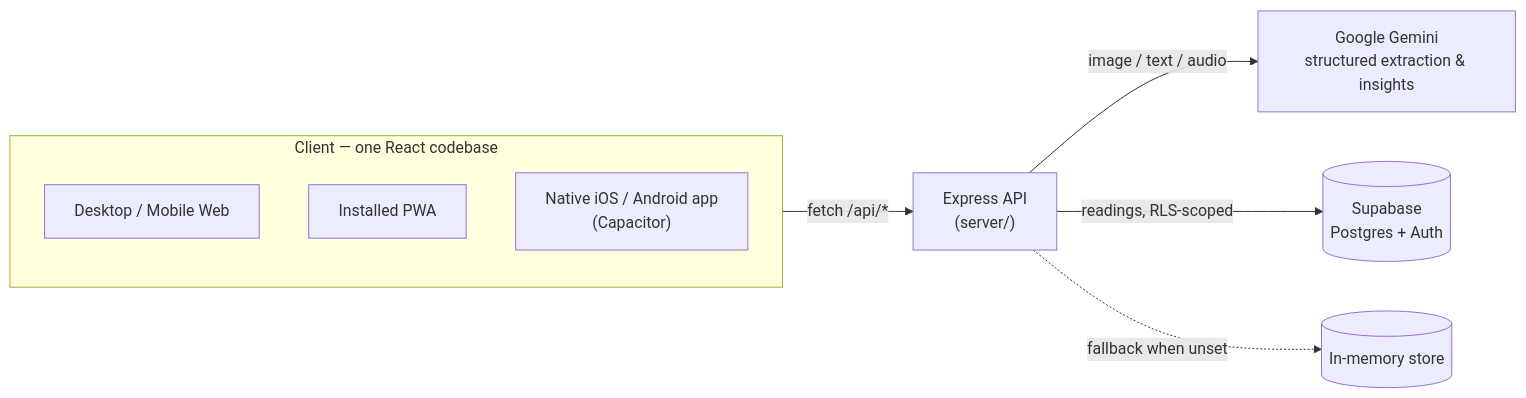
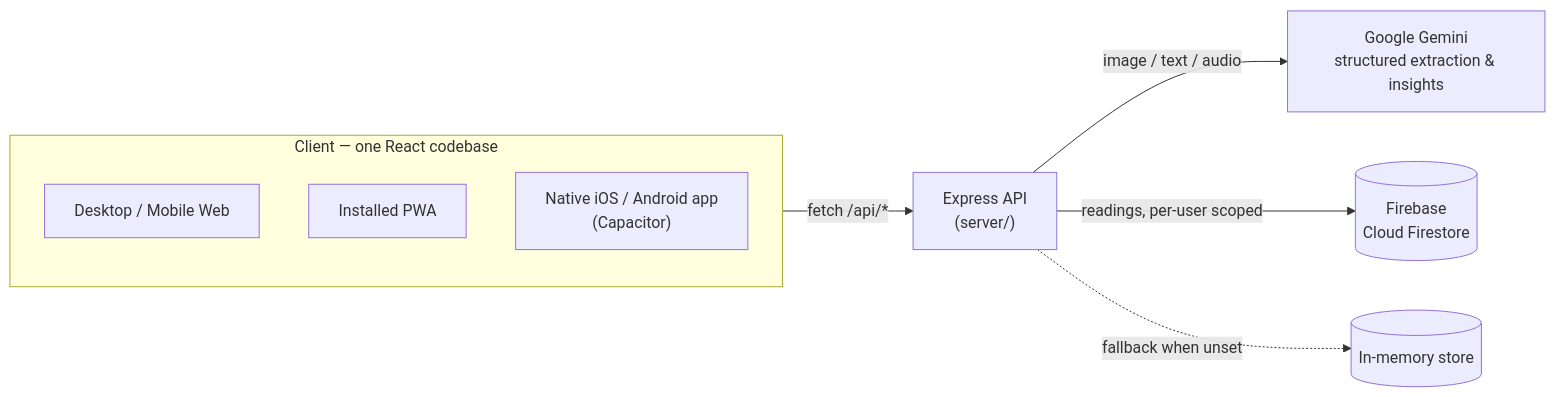
The diagram in README.md (luckynest7-beep/PulseSync-Vmedithon), drawn with Mermaid before and after one commit. The commit also changed other lines of this file and 11 other files, not shown here.

First line of the commit message:
feat: switch persistence from Supabase to Firebase (Cloud Firestore)

````diff
--- a/README.md
+++ b/README.md
@@ -92,13 +92,13 @@
 ```mermaid
 flowchart LR
     subgraph Client["Client — one React codebase"]
         Web["Desktop / Mobile Web"]
         PWA["Installed PWA"]
         Native["Native iOS / Android app<br/>(Capacitor)"]
     end
 
     Client -->|"fetch /api/*"| API["Express API<br/>(server/)"]
     API -->|"image / text / audio"| Gemini["Google Gemini<br/>structured extraction & insights"]
-    API -->|"readings, RLS-scoped"| DB[("Supabase<br/>Postgres + Auth")]
+    API -->|"readings, per-user scoped"| DB[("Firebase<br/>Cloud Firestore")]
     API -.fallback when unset.-> Mem[("In-memory store")]
 ```
````
